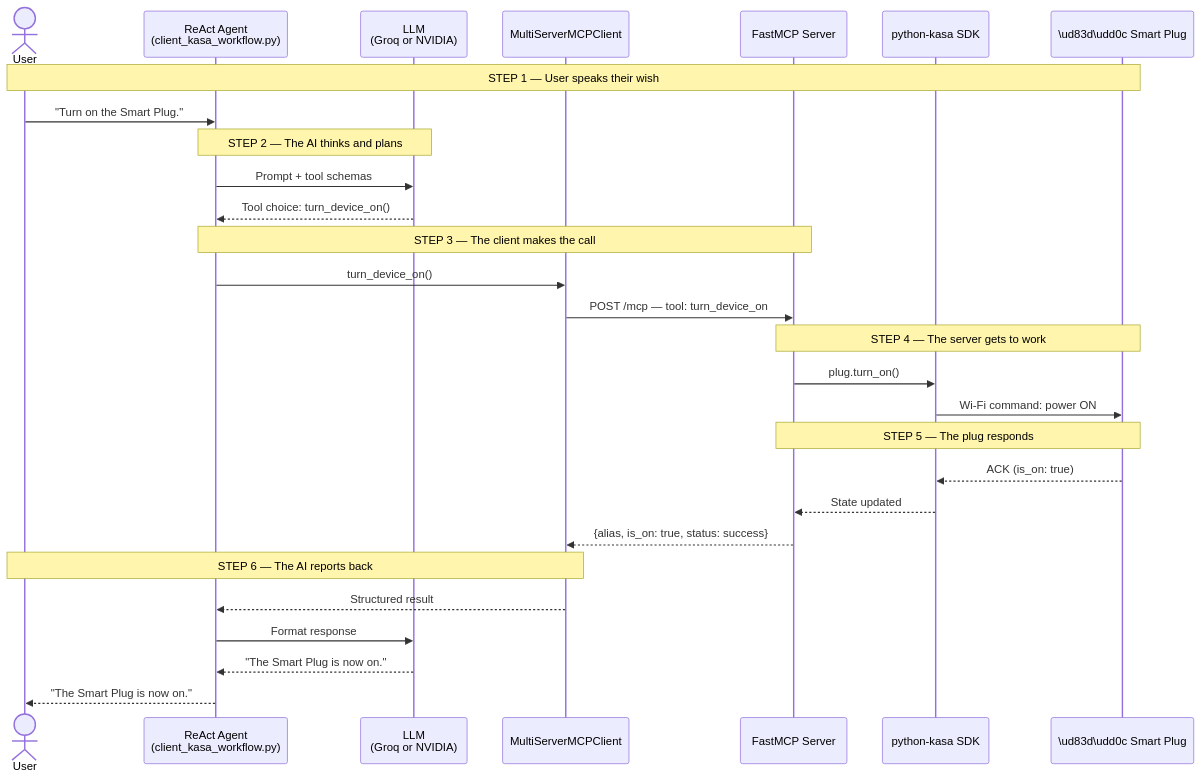
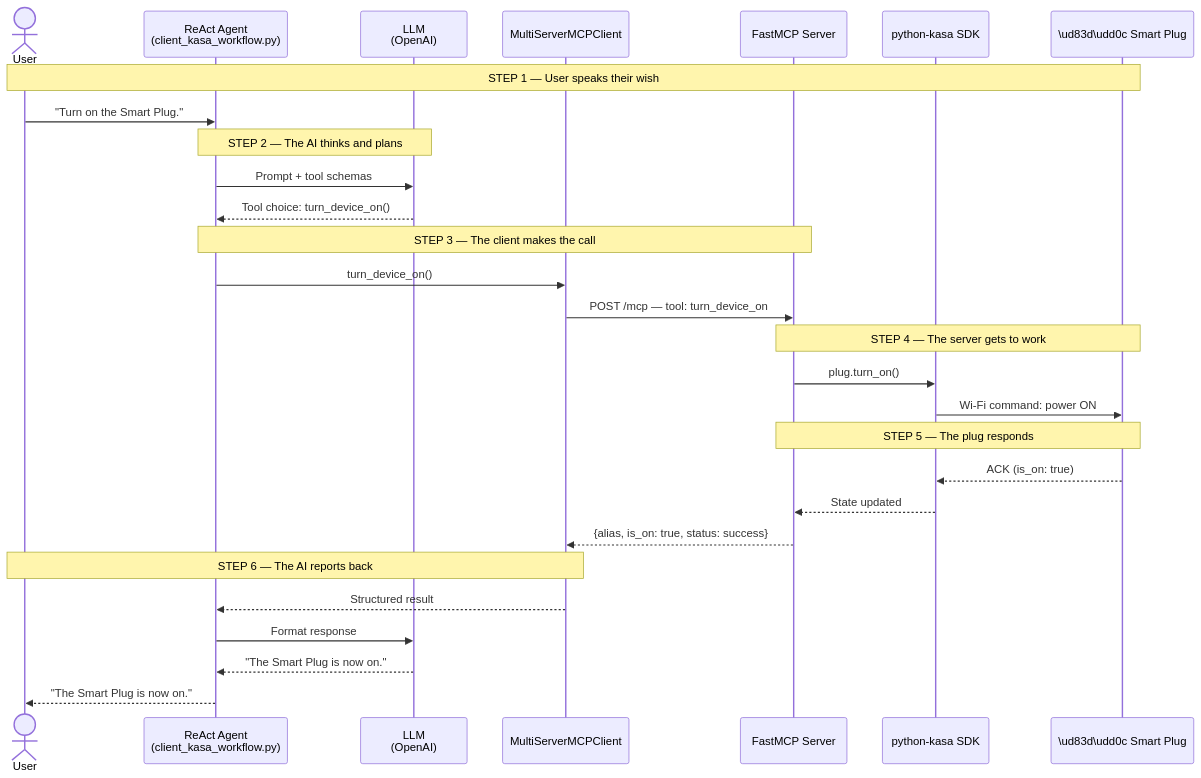
The seventh of 8 diagrams in workflow/workflow.md (mohitagr18/ch08-model-context-protocol), drawn with Mermaid before and after one commit. The commit also changed other lines of this file and 7 other files, not shown here.

````diff
--- a/workflow/workflow.md
+++ b/workflow/workflow.md
@@ -255,36 +253,36 @@
 ```mermaid
 sequenceDiagram
     actor User
     participant Agent as ReAct Agent<br/>(client_kasa_workflow.py)
-    participant LLM as LLM<br/>(Groq or NVIDIA)
+    participant LLM as LLM<br/>(OpenAI)
     participant MCPClient as MultiServerMCPClient
     participant MCPServer as FastMCP Server
     participant Kasa as python-kasa SDK
     participant Plug as \ud83d\udd0c Smart Plug
 
     Note over User,Plug: STEP 1 — User speaks their wish
     User->>Agent: "Turn on the Smart Plug."
 
     Note over Agent,LLM: STEP 2 — The AI thinks and plans
     Agent->>LLM: Prompt + tool schemas
     LLM-->>Agent: Tool choice: turn_device_on()
 
     Note over Agent,MCPServer: STEP 3 — The client makes the call
     Agent->>MCPClient: turn_device_on()
     MCPClient->>MCPServer: POST /mcp — tool: turn_device_on
 
     Note over MCPServer,Plug: STEP 4 — The server gets to work
     MCPServer->>Kasa: plug.turn_on()
     Kasa->>Plug: Wi-Fi command: power ON
 
     Note over Plug,MCPServer: STEP 5 — The plug responds
     Plug-->>Kasa: ACK (is_on: true)
     Kasa-->>MCPServer: State updated
     MCPServer-->>MCPClient: {alias, is_on: true, status: success}
 
     Note over MCPClient,User: STEP 6 — The AI reports back
     MCPClient-->>Agent: Structured result
     Agent->>LLM: Format response
     LLM-->>Agent: "The Smart Plug is now on."
     Agent-->>User: "The Smart Plug is now on."
 ```
````
